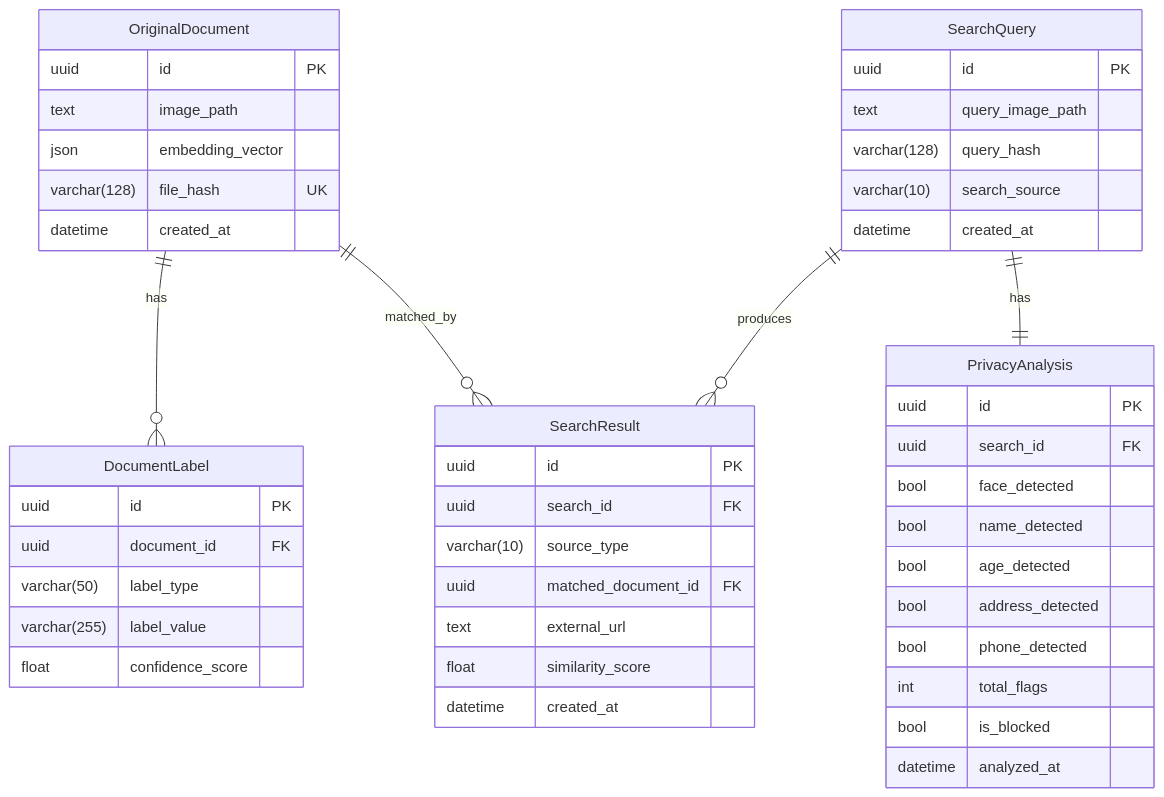
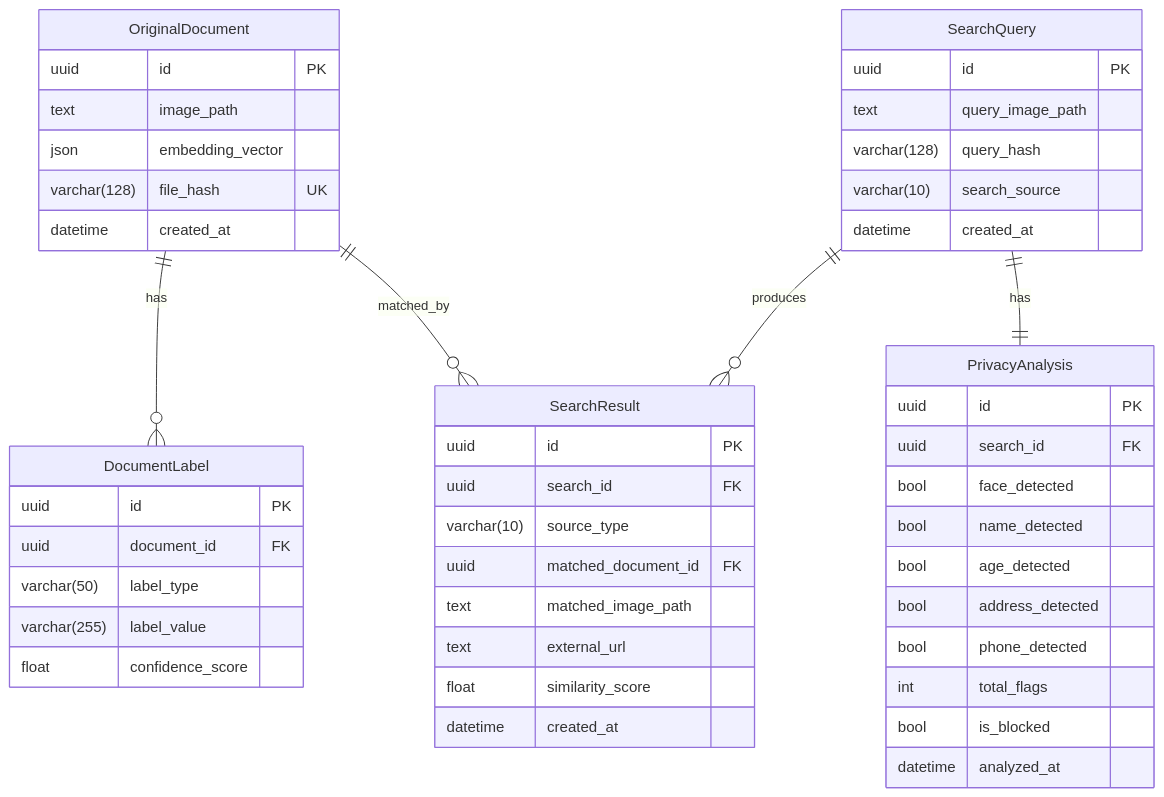
Before and after one commit to mezuuu/Aplikasi-Pencari-Doksli: the diagram in README.md, drawn with Mermaid. The commit also changed other lines of this file and 18 other files, not shown here.

````diff
--- a/README.md
+++ b/README.md
@@ -235,54 +258,55 @@
 ```mermaid
 erDiagram
     OriginalDocument ||--o{ DocumentLabel : has
     OriginalDocument ||--o{ SearchResult : matched_by
     SearchQuery ||--|| PrivacyAnalysis : has
     SearchQuery ||--o{ SearchResult : produces
 
     OriginalDocument {
         uuid id PK
         text image_path
         json embedding_vector
         varchar(128) file_hash UK
         datetime created_at
     }
 
     DocumentLabel {
         uuid id PK
         uuid document_id FK
         varchar(50) label_type
         varchar(255) label_value
         float confidence_score
     }
 
     SearchQuery {
         uuid id PK
         text query_image_path
         varchar(128) query_hash
         varchar(10) search_source
         datetime created_at
     }
 
     PrivacyAnalysis {
         uuid id PK
         uuid search_id FK
         bool face_detected
         bool name_detected
         bool age_detected
         bool address_detected
         bool phone_detected
         int total_flags
         bool is_blocked
         datetime analyzed_at
     }
 
     SearchResult {
         uuid id PK
         uuid search_id FK
         varchar(10) source_type
         uuid matched_document_id FK
+        text matched_image_path
         text external_url
         float similarity_score
         datetime created_at
     }
 ```
````
